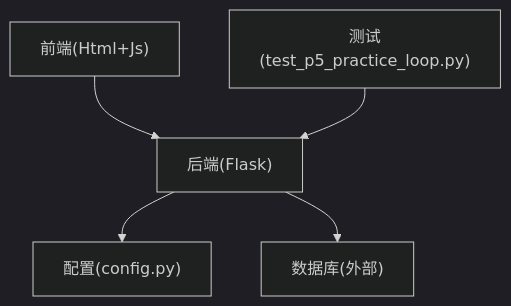
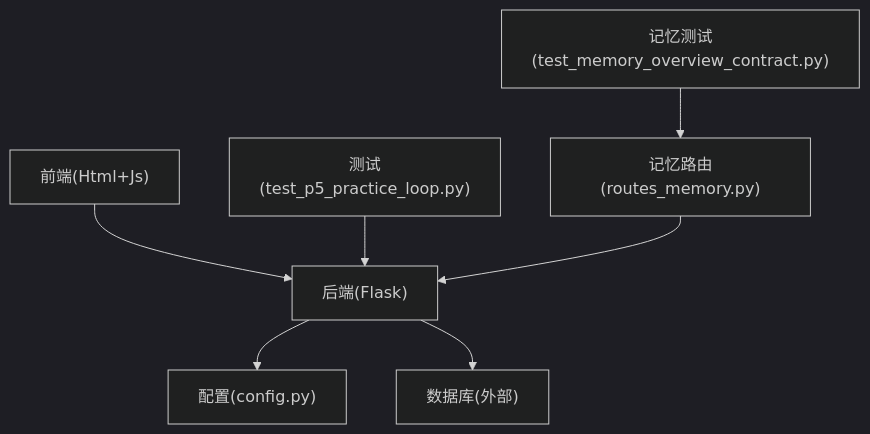
Before and after one commit to abokyoy/LectureLearnLoop: diagram 14 of 14 in .qoder/repowiki/zh/content/练习系统/练习系统.md, drawn with Mermaid (dark theme). The commit also changed other lines of this file and 91 other files, not shown here.

````diff
--- a/.qoder/repowiki/zh/content/练习系统/练习系统.md
+++ b/.qoder/repowiki/zh/content/练习系统/练习系统.md
@@ -499,7 +597,9 @@
 ```mermaid
 graph TB
 FE["前端(Html+Js)"] --> BE["后端(Flask)"]
 BE --> CFG["配置(config.py)"]
 BE --> DB["数据库(外部)"]
 T["测试(test_p5_practice_loop.py)"] --> BE
+TMEM["记忆测试(test_memory_overview_contract.py)"] --> RMEM["记忆路由(routes_memory.py)"]
+RMEM --> BE
 ```
````
